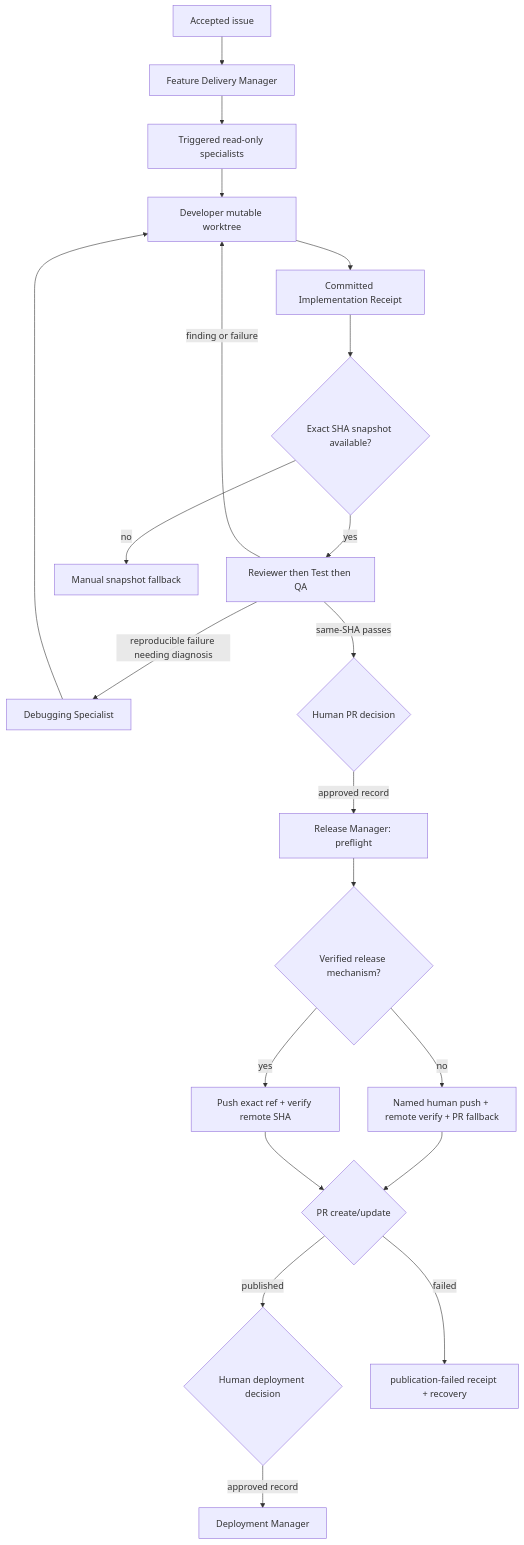
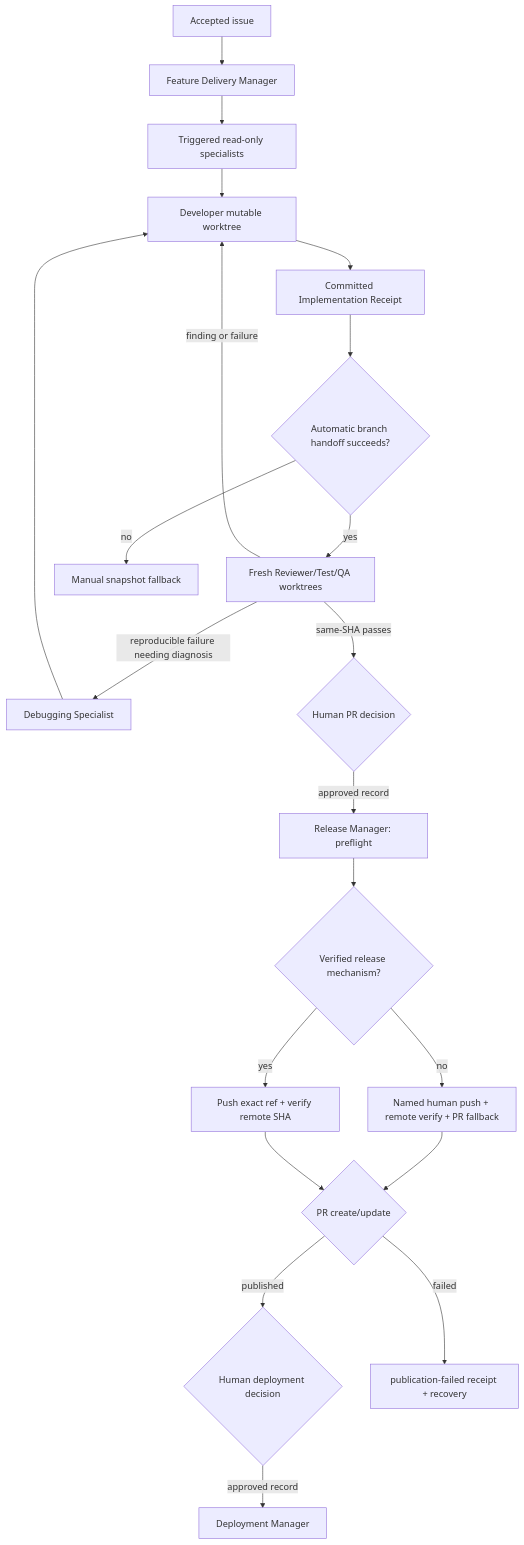
One commit to lfarci/loganfarci.com changed the diagram in docs/agents/feature-delivery-manager.md. Above: the diagram before and after it, drawn with Mermaid. The commit also changed other lines of this file and 6 other files, not shown here.

````diff
--- a/docs/agents/feature-delivery-manager.md
+++ b/docs/agents/feature-delivery-manager.md
@@ -218,23 +225,23 @@
 ```mermaid
 flowchart TD
     A[Accepted issue] --> M[Feature Delivery Manager]
     M --> S[Triggered read-only specialists]
     S --> D[Developer mutable worktree]
     D --> I[Committed Implementation Receipt]
-    I --> V{Exact SHA snapshot available?}
-    V -->|yes| R[Reviewer then Test then QA]
+    I --> V{Automatic branch handoff succeeds?}
+    V -->|yes| R[Fresh Reviewer/Test/QA worktrees]
     V -->|no| F[Manual snapshot fallback]
     R -->|reproducible failure needing diagnosis| B[Debugging Specialist]
     B --> D
     R -->|finding or failure| D
     R -->|same-SHA passes| P{Human PR decision}
     P -->|approved record| L[Release Manager: preflight]
     L --> U{Verified release mechanism?}
     U -->|no| H[Named human push + remote verify + PR fallback]
     U -->|yes| W[Push exact ref + verify remote SHA]
     H --> Z{Release receipt?}
     W --> Z{PR create/update}
     Z -->|published| Q{Human deployment decision}
     Z -->|failed| F2[publication-failed receipt + recovery]
     Q -->|approved record| X[Deployment Manager]
 ```
````
